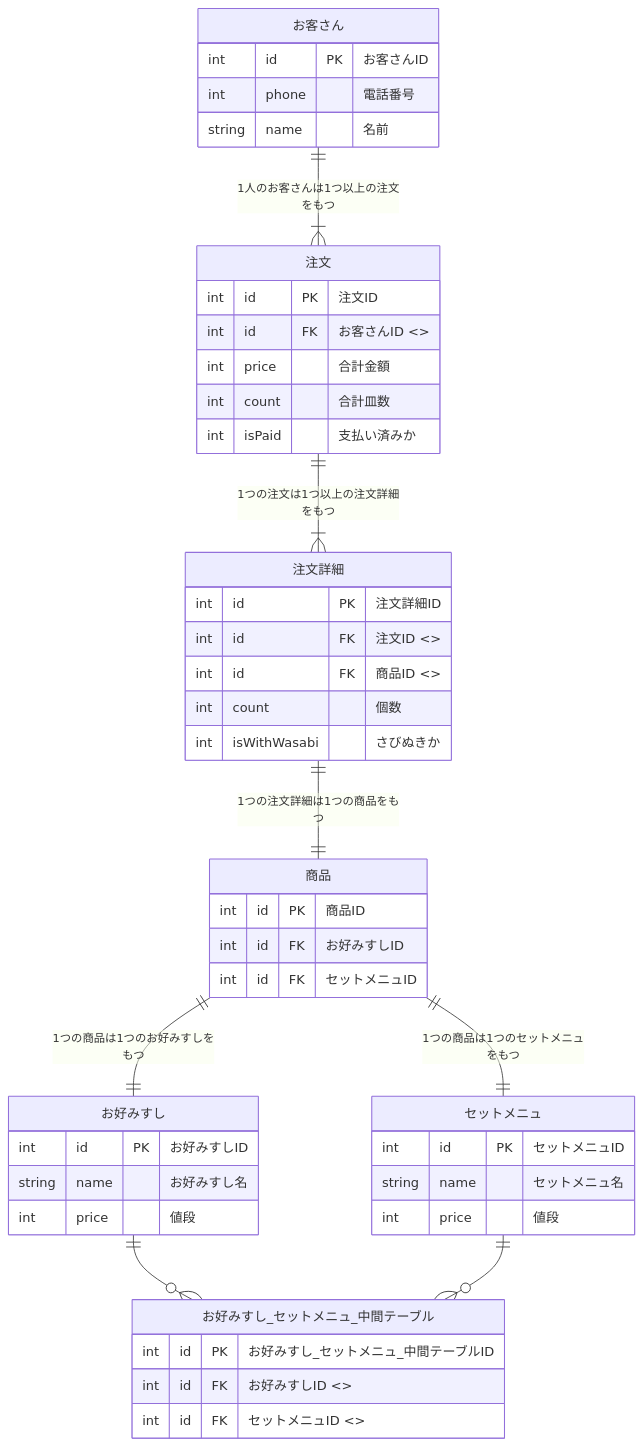
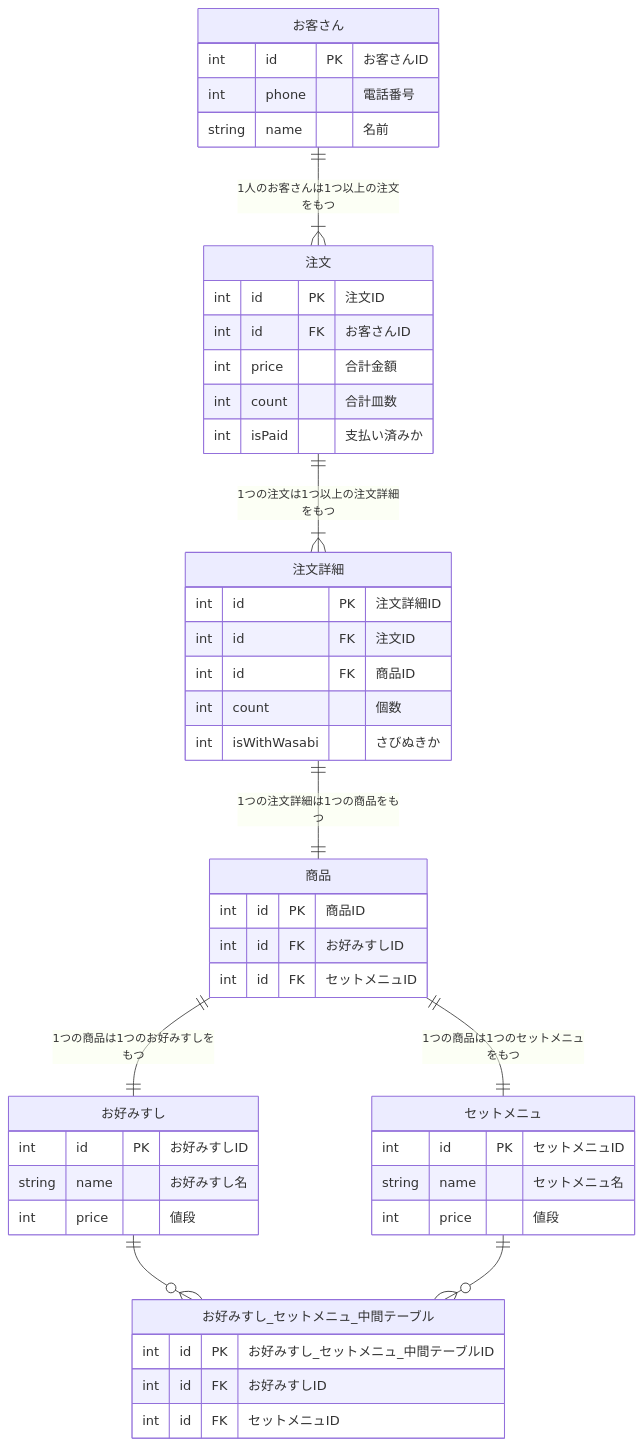
The diagram in F0yWy8HaLlWoST/01_データベース設計/01_DBモデリング1/kadai_01.md (praha-inc/praha-challenge-7), drawn with Mermaid before and after one commit. The commit also changed 1 other file, not shown here.

Commit message:
fix: 微修正

````diff
--- a/F0yWy8HaLlWoST/01_データベース設計/01_DBモデリング1/kadai_01.md
+++ b/F0yWy8HaLlWoST/01_データベース設計/01_DBモデリング1/kadai_01.md
@@ -3,57 +3,57 @@
 ```mermaid
 erDiagram
 
   "お客さん" {
     int id PK "お客さんID"
     int phone "電話番号"
     string name "名前"
   }
 
   "商品" {
     int id PK "商品ID"
     int id FK "お好みすしID"
     int id FK "セットメニュID"
   }
 
   "お好みすし" {
     int id PK "お好みすしID"
     string name "お好みすし名"
     int price "値段"
   }
 
   "セットメニュ" {
     int id PK "セットメニュID"
     string name "セットメニュ名"
     int price "値段"
   }
 
   "お好みすし_セットメニュ_中間テーブル" {
     int id PK "お好みすし_セットメニュ_中間テーブルID"
-    int id FK "お好みすしID <<FK>>"
-    int id FK "セットメニュID <<FK>>"
+    int id FK "お好みすしID"
+    int id FK "セットメニュID"
   }
 
   "注文" {
     int id PK "注文ID"
-    int id FK "お客さんID <<FK>>"
+    int id FK "お客さんID"
     int price "合計金額"
     int count "合計皿数"
     int isPaid "支払い済みか"
   }
 
   "注文詳細" {
     int id PK "注文詳細ID"
-    int id FK "注文ID <<FK>>"
-    int id FK "商品ID <<FK>>"
+    int id FK "注文ID"
+    int id FK "商品ID"
     int count "個数"
     int isWithWasabi "さびぬきか"
   }
 
   "お客さん" ||--|{ "注文": "1人のお客さんは1つ以上の注文をもつ"
   "注文" ||--|{ "注文詳細": "1つの注文は1つ以上の注文詳細をもつ"
   "注文詳細" ||--|| "商品": "1つの注文詳細は1つの商品をもつ"
   "商品" ||--|| "お好みすし": "1つの商品は1つのお好みすしをもつ"
   "商品" ||--|| "セットメニュ": "1つの商品は1つのセットメニュをもつ"
   "お好みすし" ||--o{ "お好みすし_セットメニュ_中間テーブル": ""
   "セットメニュ" ||--o{ "お好みすし_セットメニュ_中間テーブル": ""
 ```
````
